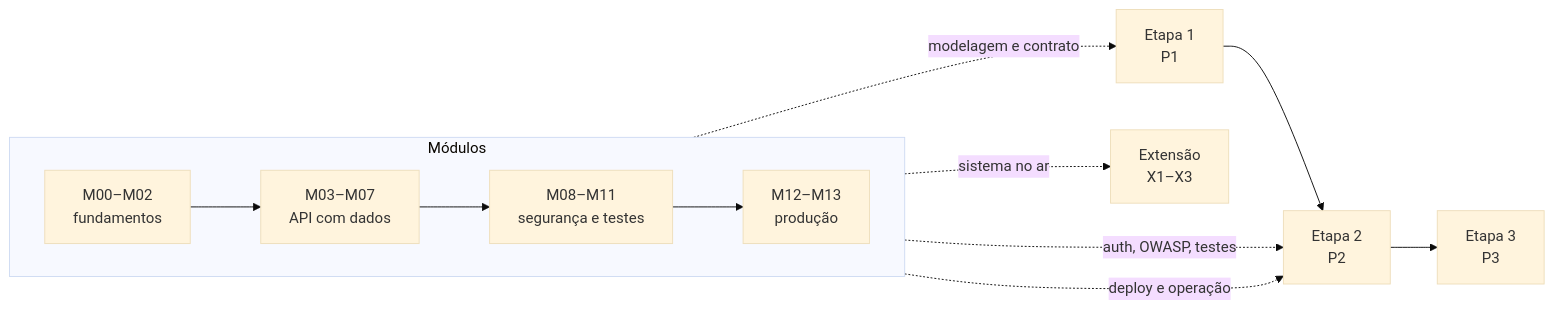
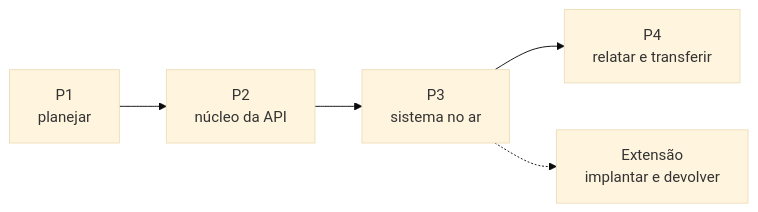
Before and after one commit to heliobentzen/dpw: the diagram in projeto/README.md, drawn with Mermaid (base theme). The commit also changed other lines of this file and 68 other files, not shown here.

````diff
--- a/projeto/README.md
+++ b/projeto/README.md
@@ -24,12 +23,5 @@
 ```mermaid
 flowchart LR
-    subgraph Modulos[Módulos]
-        direction LR
-        A[M00–M02<br/>fundamentos] --> B[M03–M07<br/>API com dados] --> C[M08–M11<br/>segurança e testes] --> D[M12–M13<br/>produção]
-    end
-    B -. modelagem e contrato .-> P1[Etapa 1<br/>P1]
-    C -. auth, OWASP, testes .-> P2[Etapa 2<br/>P2]
-    D -. deploy e operação .-> P2
-    P1 --> P2 --> P3[Etapa 3<br/>P3]
-    D -. sistema no ar .-> X[Extensão<br/>X1–X3]
+    P1[P1<br/>planejar] --> P2[P2<br/>núcleo da API] --> P3[P3<br/>sistema no ar] --> P4[P4<br/>relatar e transferir]
+    P3 -.-> X[Extensão<br/>implantar e devolver]
 ```
````
